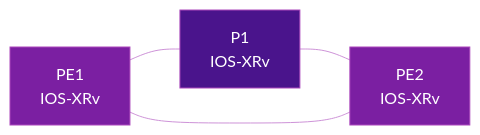
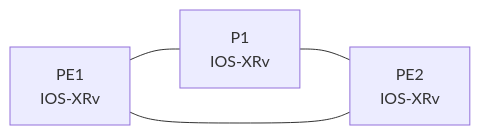
One commit to eldaninavas/srv6.md changed the diagram in docs/labs/gns3.md. Above: the diagram before and after it, drawn with Mermaid. The commit also changed 29 other files, not shown here.

First line of the commit message:
fix(mermaid): apply theme-aware colors site-wide

````diff
--- a/docs/labs/gns3.md
+++ b/docs/labs/gns3.md
@@ -23,10 +23,6 @@
 ```mermaid
-%%{init: {"theme": "base", "themeVariables": {"primaryTextColor": "#fff", "lineColor": "#ce93d8", "textColor": "#fff"}}}%%
 graph LR
     PE1[PE1<br/>IOS-XRv] --- P1[P1<br/>IOS-XRv]
     P1 --- PE2[PE2<br/>IOS-XRv]
     PE1 --- PE2
-    style PE1 fill:#7b1fa2,color:#fff,stroke:#ab47bc
-    style PE2 fill:#7b1fa2,color:#fff,stroke:#ab47bc
-    style P1 fill:#4a148c,color:#fff,stroke:#ab47bc
 ```
````
